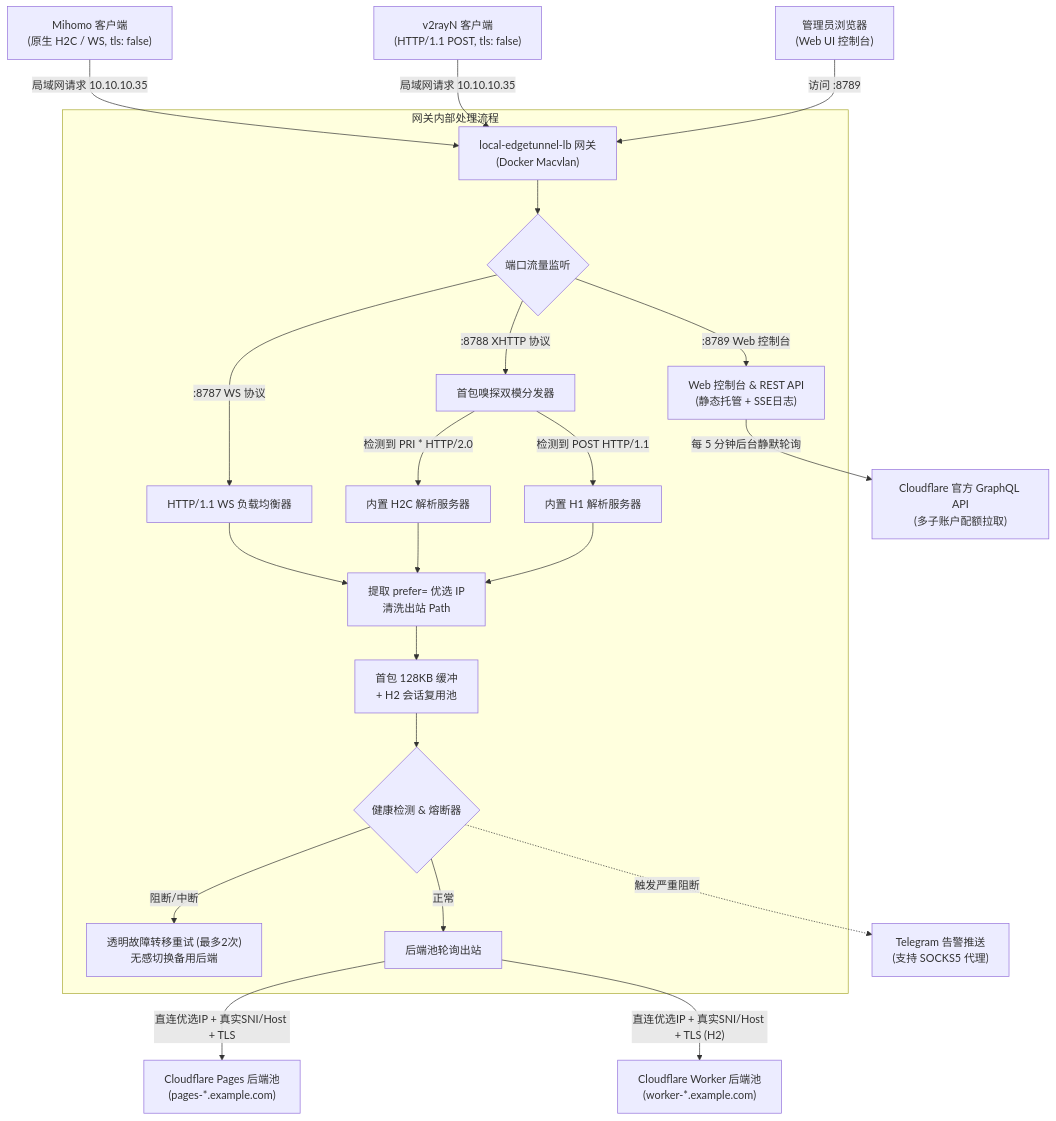
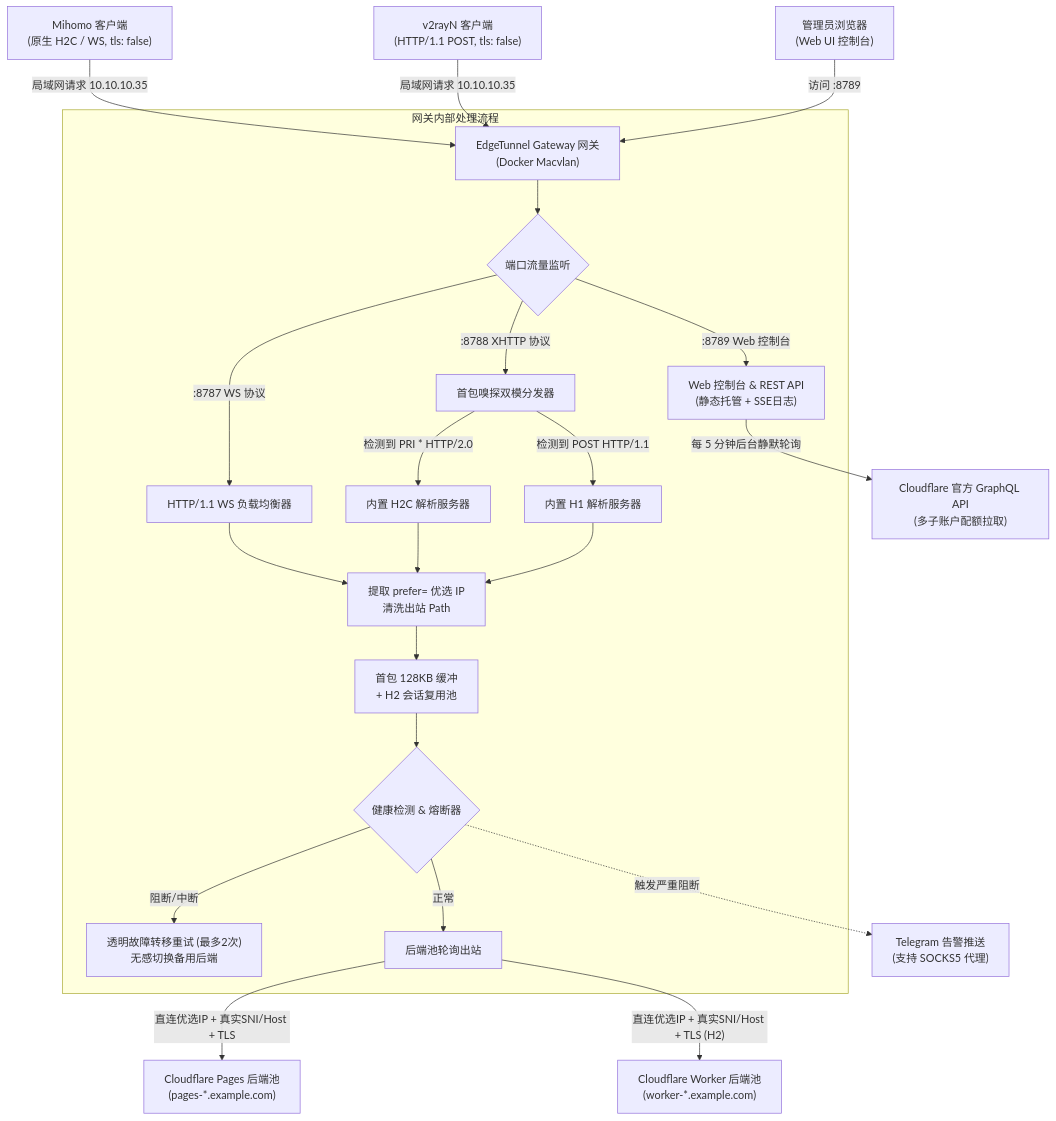
The diagram in README.md (CMSZ001/edgetunnel-gateway), drawn with Mermaid before and after one commit. The commit also changed other lines of this file, not shown here.

Commit message:
docs: align project title to EdgeTunnel Gateway (edgetunnel-gateway)

````diff
--- a/README.md
+++ b/README.md
@@ -45,30 +45,30 @@
 ```mermaid
 graph TD
-    Client1["Mihomo 客户端<br/>(原生 H2C / WS, tls: false)"] -->|局域网请求 10.10.10.35| GW["local-edgetunnel-lb 网关<br/>(Docker Macvlan)"]
+    Client1["Mihomo 客户端<br/>(原生 H2C / WS, tls: false)"] -->|局域网请求 10.10.10.35| GW["EdgeTunnel Gateway 网关<br/>(Docker Macvlan)"]
     Client2["v2rayN 客户端<br/>(HTTP/1.1 POST, tls: false)"] -->|局域网请求 10.10.10.35| GW
     Browser["管理员浏览器<br/>(Web UI 控制台)"] -->|访问 :8789| GW
 
     subgraph 网关内部处理流程
         GW --> Sniff{"端口流量监听"}
         Sniff -->|:8787 WS 协议| H1Server["HTTP/1.1 WS 负载均衡器"]
         Sniff -->|:8788 XHTTP 协议| LoopbackMux["首包嗅探双模分发器"]
         Sniff -->|:8789 Web 控制台| WebUI["Web 控制台 & REST API<br/>(静态托管 + SSE日志)"]
         
         LoopbackMux -->|检测到 PRI * HTTP/2.0| IsolatedH2["内置 H2C 解析服务器"]
         LoopbackMux -->|检测到 POST HTTP/1.1| IsolatedH1["内置 H1 解析服务器"]
         
         H1Server --> Extract["提取 prefer= 优选 IP<br/>清洗出站 Path"]
         IsolatedH2 --> Extract
         IsolatedH1 --> Extract
         
         Extract --> BufferCheck["首包 128KB 缓冲<br/>+ H2 会话复用池"]
         BufferCheck --> HealthCheck{"健康检测 & 熔断器"}
         HealthCheck -->|阻断/中断| Failover["透明故障转移重试 (最多2次)<br/>无感切换备用后端"]
         HealthCheck -->|正常| LB["后端池轮询出站"]
     end
 
     LB -->|"直连优选IP + 真实SNI/Host + TLS"| CF_Pages["Cloudflare Pages 后端池<br/>(pages-*.example.com)"]
     LB -->|"直连优选IP + 真实SNI/Host + TLS (H2)"| CF_Worker["Cloudflare Worker 后端池<br/>(worker-*.example.com)"]
     WebUI -->|每 5 分钟后台静默轮询| CF_API["Cloudflare 官方 GraphQL API<br/>(多子账户配额拉取)"]
     HealthCheck -.->|触发严重阻断| TG["Telegram 告警推送<br/>(支持 SOCKS5 代理)"]
 ```
````
